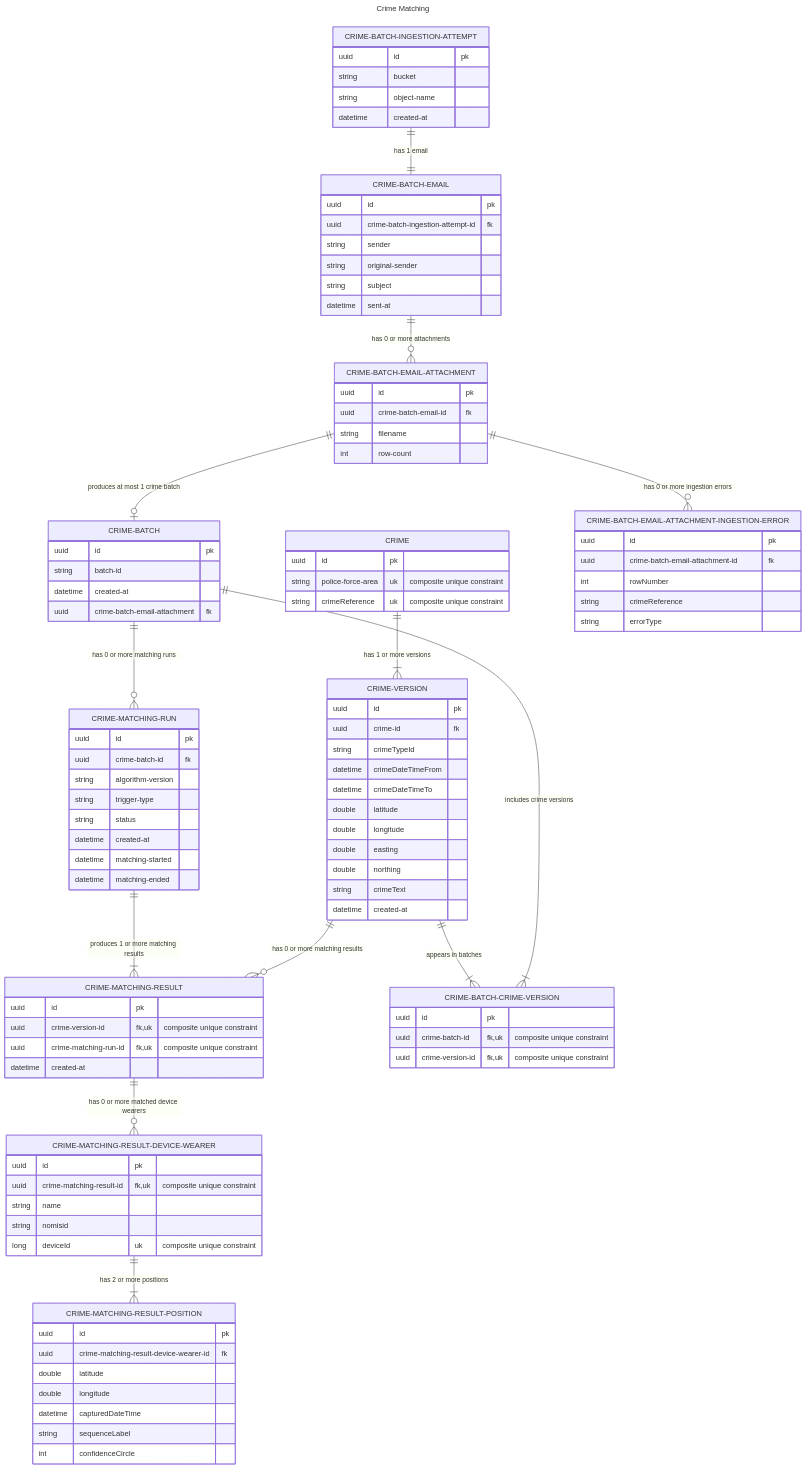
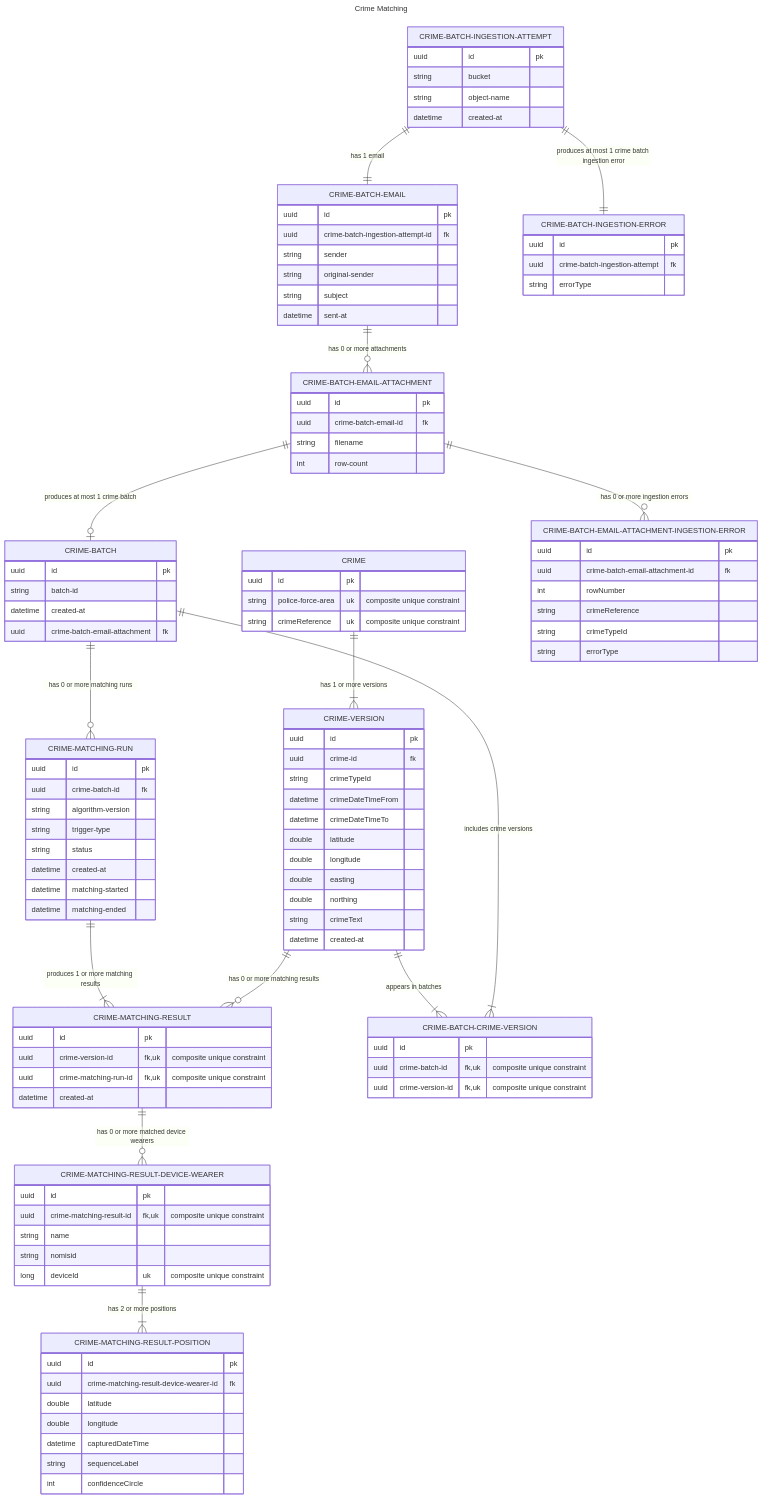
One commit to ministryofjustice/hmpps-electronic-monitoring-crime-matching-api changed the diagram in docs/model.mmd. Above: the diagram before and after it, drawn with Mermaid. The commit also changed 18 other files, not shown here.

```diff
--- a/docs/model.mmd
+++ b/docs/model.mmd
@@ -1,121 +1,129 @@
 ---
 title: Crime Matching
 ---
 erDiagram
     %% Domain
     CRIME 1 to 1+ CRIME-VERSION : "has 1 or more versions"
     CRIME-VERSION 1 to 0+ CRIME-MATCHING-RESULT : "has 0 or more matching results"
     CRIME-BATCH 1 to 1+ CRIME-BATCH-CRIME-VERSION : "includes crime versions"
     CRIME-VERSION 1 to 1+ CRIME-BATCH-CRIME-VERSION : "appears in batches"
 
     %% Ingestion
     CRIME-BATCH-EMAIL-ATTACHMENT 1 to zero or one CRIME-BATCH : "produces at most 1 crime batch"
     CRIME-BATCH-INGESTION-ATTEMPT 1 to 1 CRIME-BATCH-EMAIL : "has 1 email"
     CRIME-BATCH-EMAIL 1 to 0+ CRIME-BATCH-EMAIL-ATTACHMENT : "has 0 or more attachments"
     CRIME-BATCH-EMAIL-ATTACHMENT 1 to zero or more CRIME-BATCH-EMAIL-ATTACHMENT-INGESTION-ERROR : "has 0 or more ingestion errors"
+    CRIME-BATCH-INGESTION-ATTEMPT 1 to 1 CRIME-BATCH-INGESTION-ERROR : "produces at most 1 crime batch ingestion error"
 
     %% Matching
     CRIME-BATCH 1 to 0+ CRIME-MATCHING-RUN : "has 0 or more matching runs"
     CRIME-MATCHING-RUN 1 to 1+ CRIME-MATCHING-RESULT : "produces 1 or more matching results"
     CRIME-MATCHING-RESULT 1 to 0+ CRIME-MATCHING-RESULT-DEVICE-WEARER : "has 0 or more matched device wearers"
     CRIME-MATCHING-RESULT-DEVICE-WEARER 1 to 1+ CRIME-MATCHING-RESULT-POSITION : "has 2 or more positions"
 
     CRIME-BATCH {
         uuid id pk
         string batch-id
         datetime created-at
         uuid crime-batch-email-attachment fk
     }
 
     CRIME-BATCH-CRIME-VERSION {
         uuid id pk
         uuid crime-batch-id fk, uk "composite unique constraint"
         uuid crime-version-id fk, uk "composite unique constraint"
     }
 
     CRIME-BATCH-INGESTION-ATTEMPT {
         uuid id pk
         string bucket
         string object-name
         datetime created-at
     }
 
+    CRIME-BATCH-INGESTION-ERROR {
+        uuid id pk
+        uuid crime-batch-ingestion-attempt fk
+        string errorType
+    }
+
     CRIME-BATCH-EMAIL {
         uuid id pk
         uuid crime-batch-ingestion-attempt-id fk
         string sender
         string original-sender
         string subject
         datetime sent-at
     }
 
     CRIME-BATCH-EMAIL-ATTACHMENT {
         uuid id pk
         uuid crime-batch-email-id fk
         string filename
         int row-count
     }
 
     CRIME-BATCH-EMAIL-ATTACHMENT-INGESTION-ERROR {
         uuid id pk
         uuid crime-batch-email-attachment-id fk
         int rowNumber
         string crimeReference
+        string crimeTypeId
         string errorType
     }
 
     CRIME {
         uuid id pk
         string police-force-area uk "composite unique constraint"
         string crimeReference uk "composite unique constraint"
     }
 
     CRIME-VERSION {
         uuid id pk
         uuid crime-id fk
         string crimeTypeId
         datetime crimeDateTimeFrom
         datetime crimeDateTimeTo
         double latitude
         double longitude
         double easting
         double northing
         string crimeText
         datetime created-at
     }
 
     CRIME-MATCHING-RUN {
         uuid id pk
         uuid crime-batch-id fk
         string algorithm-version
         string trigger-type
         string status
         datetime created-at
         datetime matching-started
         datetime matching-ended
     }
 
     CRIME-MATCHING-RESULT {
         uuid id pk
         uuid crime-version-id fk, uk "composite unique constraint"
         uuid crime-matching-run-id fk, uk "composite unique constraint"
         datetime created-at
     }
 
     CRIME-MATCHING-RESULT-DEVICE-WEARER {
         uuid id pk
         uuid crime-matching-result-id fk, uk "composite unique constraint"
         string name
         string nomisid
         long deviceId uk "composite unique constraint"
     }
 
     CRIME-MATCHING-RESULT-POSITION {
         uuid id pk
         uuid crime-matching-result-device-wearer-id fk
         double latitude
         double longitude
         datetime capturedDateTime
         string sequenceLabel
         int confidenceCircle
     }
```
